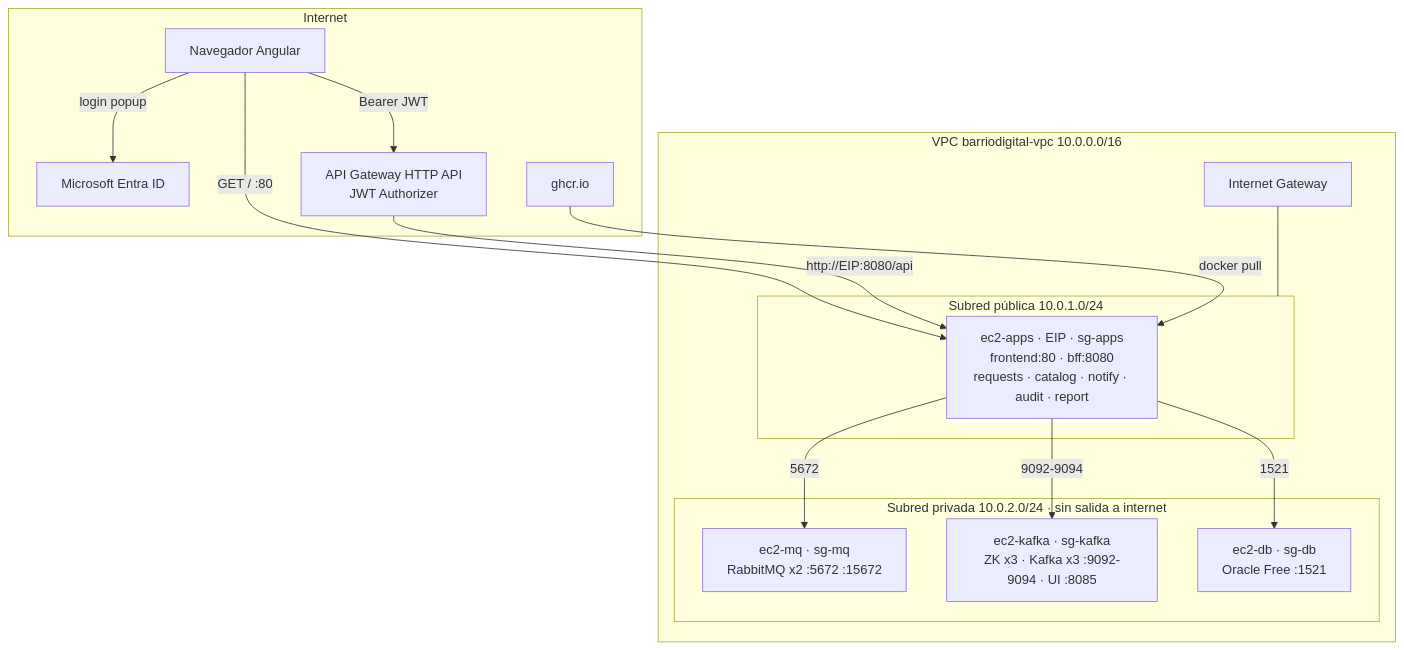
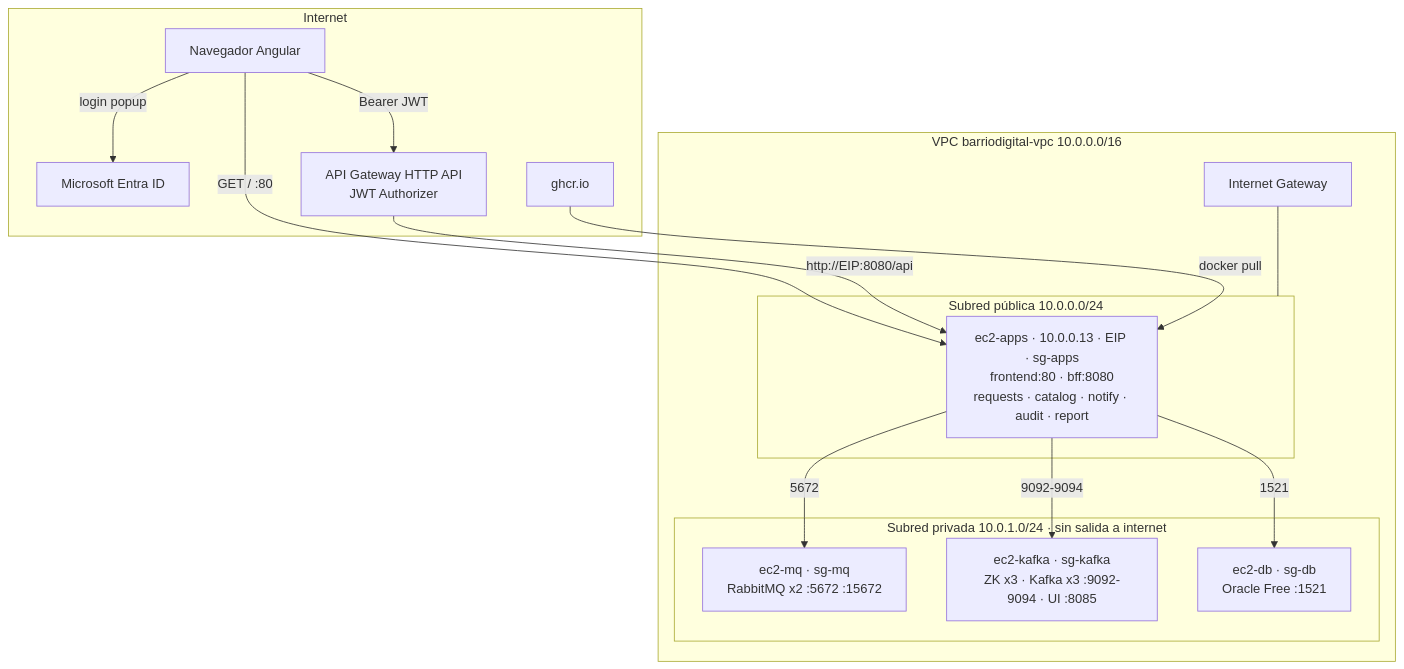
One commit to PhamNukz/barriodigital-docs changed the diagram in AWS-Infraestructura.md. Above: the diagram before and after it, drawn with Mermaid. The commit also changed other lines of this file and 3 other files, not shown here.

````diff
--- a/AWS-Infraestructura.md
+++ b/AWS-Infraestructura.md
@@ -7,31 +7,31 @@
 ```mermaid
 flowchart TB
     subgraph INTERNET[Internet]
         USER[Navegador Angular]
         ENTRA[Microsoft Entra ID]
         GW[API Gateway HTTP API<br/>JWT Authorizer]
         GHCR[ghcr.io]
     end
 
     subgraph VPC[VPC barriodigital-vpc 10.0.0.0/16]
         IGW[Internet Gateway]
-        subgraph PUB[Subred pública 10.0.1.0/24]
-            APPS[ec2-apps · EIP · sg-apps<br/>frontend:80 · bff:8080<br/>requests · catalog · notify · audit · report]
+        subgraph PUB[Subred pública 10.0.0.0/24]
+            APPS[ec2-apps · 10.0.0.13 · EIP · sg-apps<br/>frontend:80 · bff:8080<br/>requests · catalog · notify · audit · report]
         end
-        subgraph PRIV[Subred privada 10.0.2.0/24 · sin salida a internet]
+        subgraph PRIV[Subred privada 10.0.1.0/24 · sin salida a internet]
             MQ[ec2-mq · sg-mq<br/>RabbitMQ x2 :5672 :15672]
             KAFKA[ec2-kafka · sg-kafka<br/>ZK x3 · Kafka x3 :9092-9094 · UI :8085]
             DB[ec2-db · sg-db<br/>Oracle Free :1521]
         end
     end
 
     USER -->|login popup| ENTRA
     USER -->|GET /  :80| APPS
     USER -->|Bearer JWT| GW
     GW -->|http://EIP:8080/api| APPS
     GHCR -->|docker pull| APPS
     IGW --- PUB
     APPS -->|1521| DB
     APPS -->|5672| MQ
     APPS -->|9092-9094| KAFKA
 ```
````
